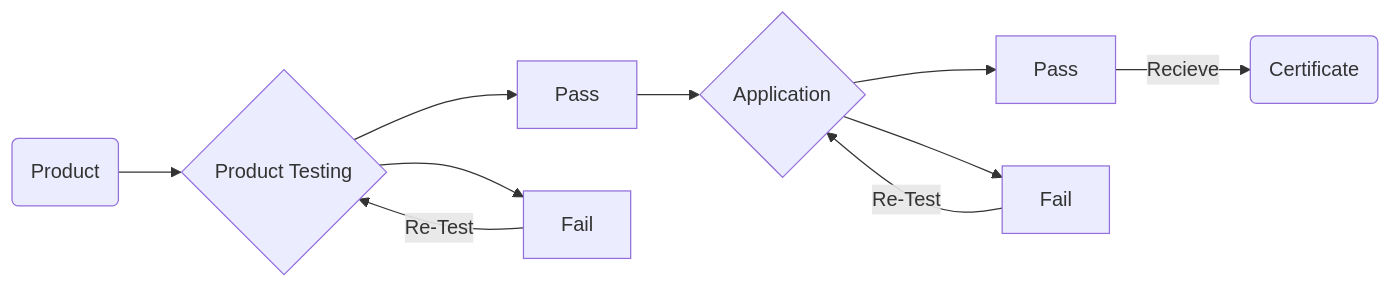
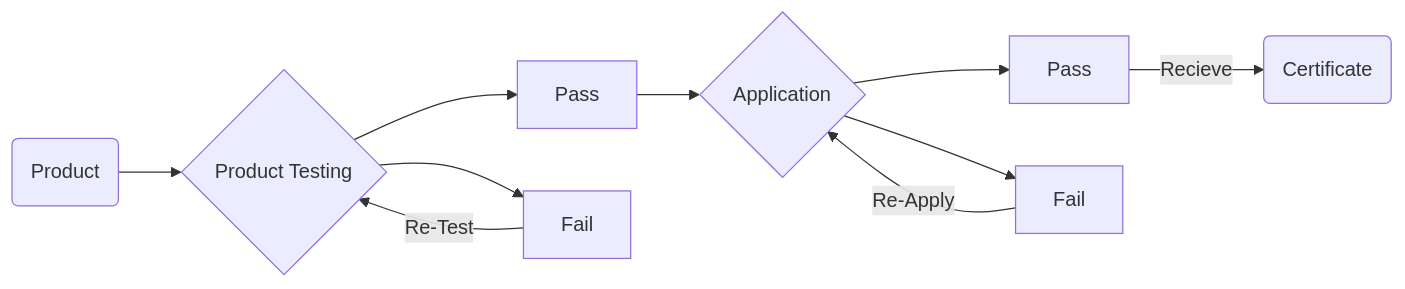
Before and after one commit to BinaryTechLabs/BinaryTechLabs.github.io: the diagram in _posts/2022-06-01-matter-protocol.md, drawn with Mermaid.

````diff
--- a/_posts/2022-06-01-matter-protocol.md
+++ b/_posts/2022-06-01-matter-protocol.md
@@ -43,13 +43,13 @@
 ```mermaid
 flowchart LR
 
 A(Product) --> B{Product Testing}
 B --> C[Pass]
 B --> D[Fail]
 D -->|Re-Test| B
 C --> E{Application}
 E --> F[Pass]
 E --> G[Fail]
-G -->|Re-Test| E
+G -->|Re-Apply| E
 F -->|Recieve| H(Certificate)
 ```
````
